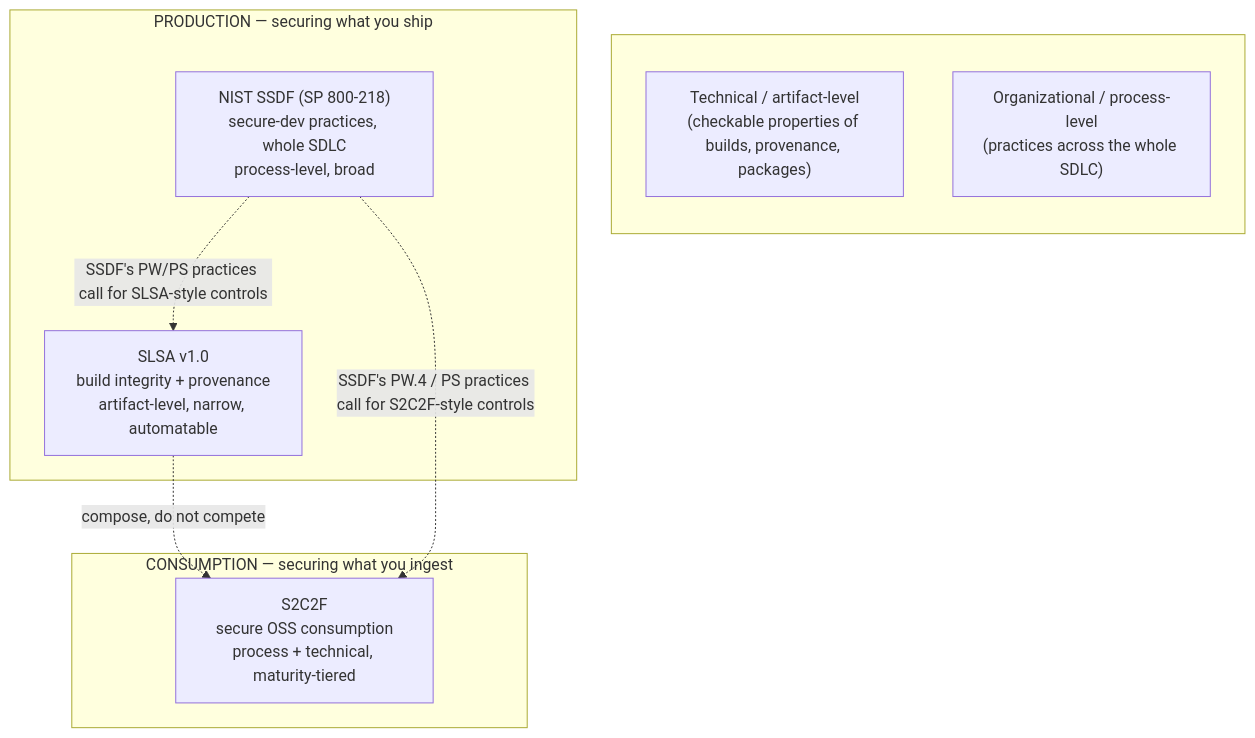
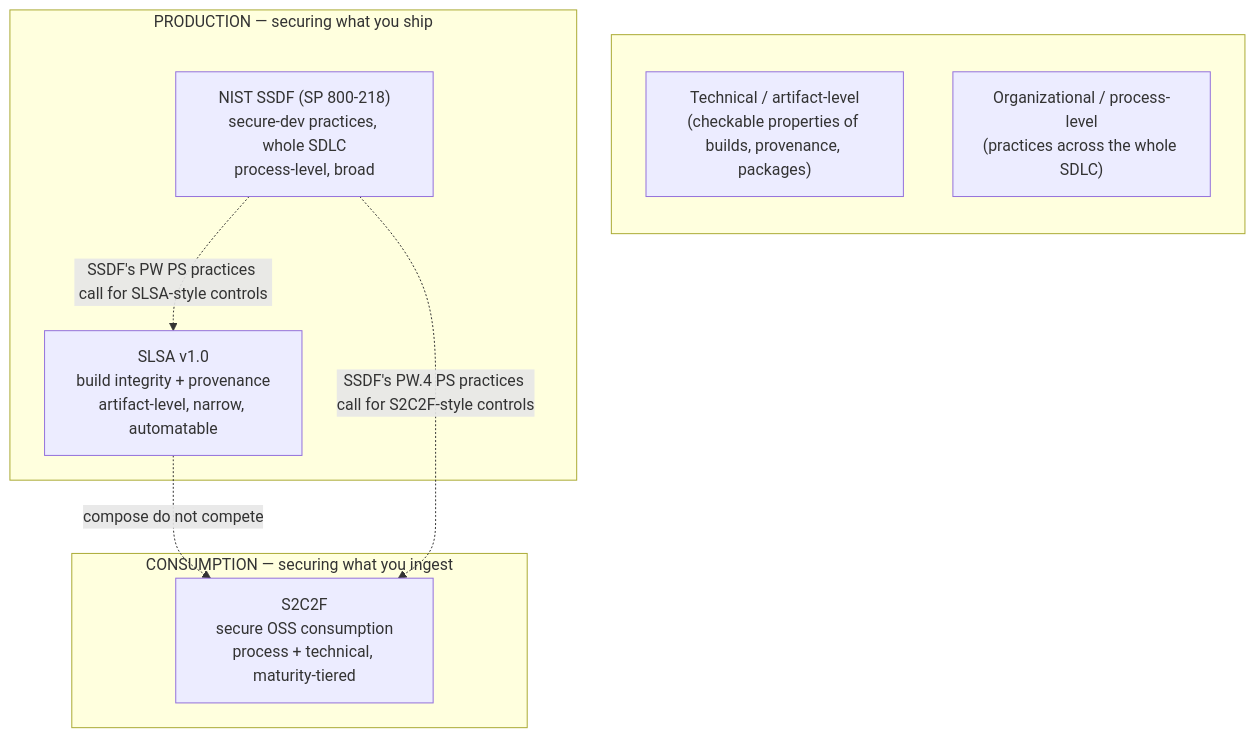
The first of 8 diagrams in book-01-foundations/ch07-frameworks-overview.md (bumbsclaw/textbooks), drawn with Mermaid before and after one commit. The commit also changed other lines of this file and 173 other files, not shown here.

First line of the commit message:
fix(mermaid): close note brackets, semicolons in Notes, stateDiagram br -> dash, edge parens

````diff
--- a/book-01-foundations/ch07-frameworks-overview.md
+++ b/book-01-foundations/ch07-frameworks-overview.md
@@ -87,21 +87,21 @@
 ```mermaid
 flowchart TB
     subgraph AXES[" "]
       direction TB
       T1["Technical / artifact-level<br/>(checkable properties of builds, provenance, packages)"]
       T2["Organizational / process-level<br/>(practices across the whole SDLC)"]
     end
 
     subgraph PROD["PRODUCTION — securing what you ship"]
       SLSA["SLSA v1.0<br/>build integrity + provenance<br/>artifact-level, narrow, automatable"]
       SSDF["NIST SSDF (SP 800-218)<br/>secure-dev practices, whole SDLC<br/>process-level, broad"]
     end
 
     subgraph CONS["CONSUMPTION — securing what you ingest"]
       S2C2F["S2C2F<br/>secure OSS consumption<br/>process + technical, maturity-tiered"]
     end
 
-    SLSA -.->|"compose, do not compete"| S2C2F
-    SSDF -.->|"SSDF's PW/PS practices call for SLSA-style controls"| SLSA
-    SSDF -.->|"SSDF's PW.4 / PS practices call for S2C2F-style controls"| S2C2F
+    SLSA -.->|"compose do not compete"| S2C2F
+    SSDF -.->|"SSDF's PW PS practices call for SLSA-style controls"| SLSA
+    SSDF -.->|"SSDF's PW.4 PS practices call for S2C2F-style controls"| S2C2F
 ```
````
